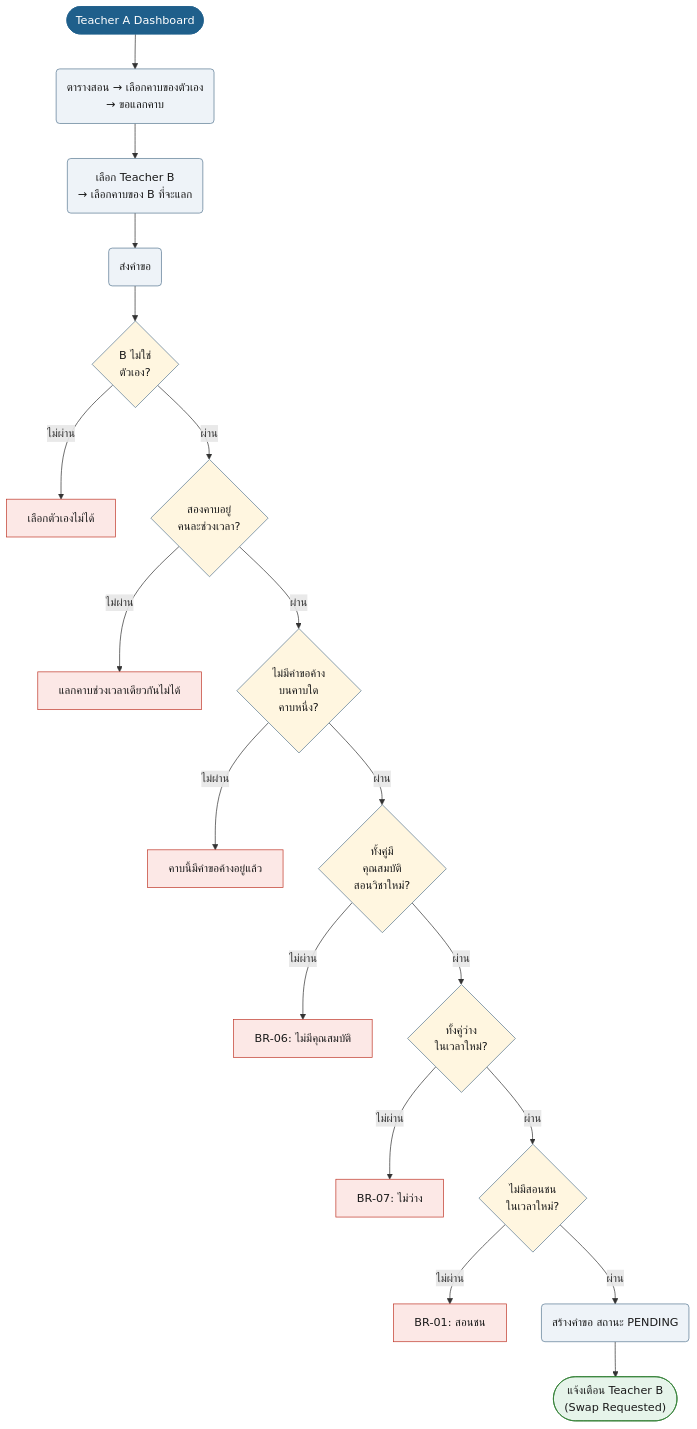
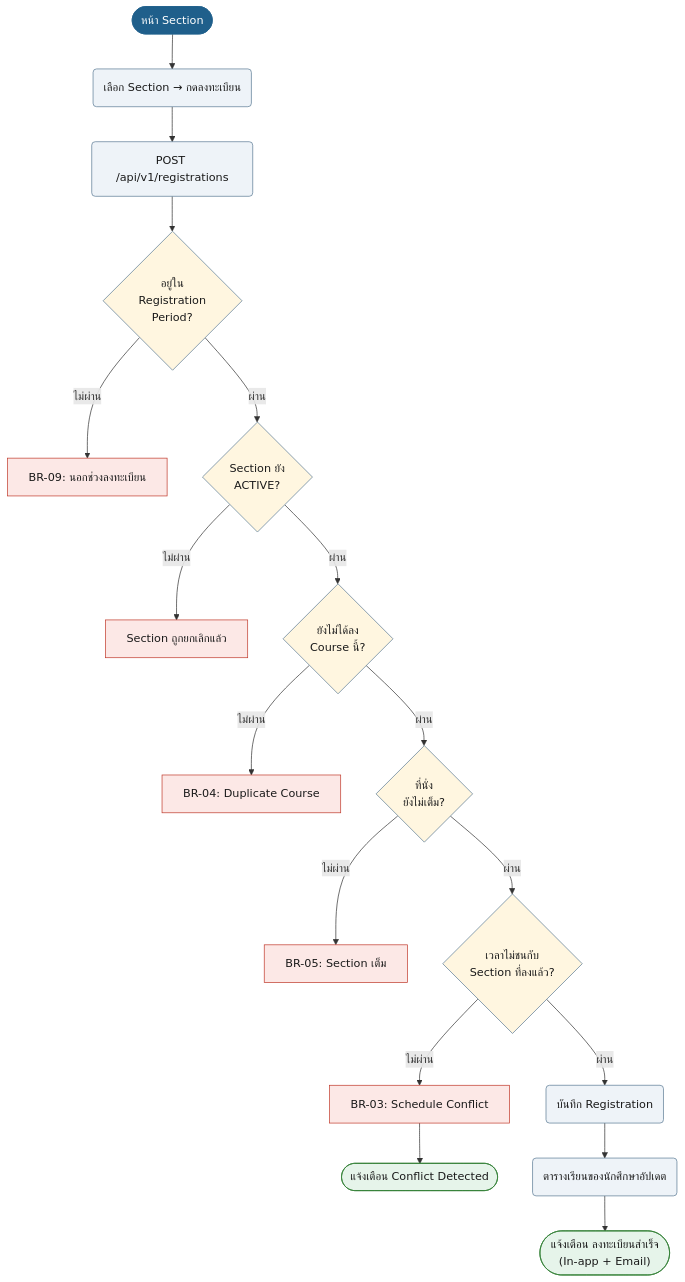
The ninth of 49 diagrams in doc/userflow.md (synthesixer/AcadOS), drawn with Mermaid before and after one commit. The commit also changed other lines of this file and 1 other file, not shown here.

````diff
--- a/doc/userflow.md
+++ b/doc/userflow.md
@@ -318,44 +329,42 @@
 ```mermaid
 flowchart TD
-    n1(["Teacher A Dashboard"]):::start
-    n2("ตารางสอน → เลือกคาบของตัวเอง<br/>→ ขอแลกคาบ"):::act
-    n3("เลือก Teacher B<br/>→ เลือกคาบของ B ที่จะแลก"):::act
-    n4("ส่งคำขอ"):::act
+    n1(["หน้า Section"]):::start
+    n2("เลือก Section → กดลงทะเบียน"):::act
+    n3("POST /api/v1/registrations"):::act
     n1 --> n2
     n2 --> n3
+    n4{"อยู่ใน<br/>Registration<br/>Period?"}:::dec
     n3 --> n4
-    n5{"B ไม่ใช่<br/>ตัวเอง?"}:::dec
-    n4 --> n5
-    n6["เลือกตัวเองไม่ได้"]:::bad
-    n5 -->|ไม่ผ่าน| n6
-    n7{"สองคาบอยู่<br/>คนละช่วงเวลา?"}:::dec
-    n5 -->|ผ่าน| n7
-    n8["แลกคาบช่วงเวลาเดียวกันไม่ได้"]:::bad
-    n7 -->|ไม่ผ่าน| n8
-    n9{"ไม่มีคำขอค้าง<br/>บนคาบใด<br/>คาบหนึ่ง?"}:::dec
-    n7 -->|ผ่าน| n9
-    n10["คาบนี้มีคำขอค้างอยู่แล้ว"]:::bad
-    n9 -->|ไม่ผ่าน| n10
-    n11{"ทั้งคู่มี<br/>คุณสมบัติ<br/>สอนวิชาใหม่?"}:::dec
-    n9 -->|ผ่าน| n11
-    n12["BR-06: ไม่มีคุณสมบัติ"]:::bad
-    n11 -->|ไม่ผ่าน| n12
-    n13{"ทั้งคู่ว่าง<br/>ในเวลาใหม่?"}:::dec
-    n11 -->|ผ่าน| n13
-    n14["BR-07: ไม่ว่าง"]:::bad
-    n13 -->|ไม่ผ่าน| n14
-    n15{"ไม่มีสอนชน<br/>ในเวลาใหม่?"}:::dec
-    n13 -->|ผ่าน| n15
-    n16["BR-01: สอนชน"]:::bad
-    n15 -->|ไม่ผ่าน| n16
-    n17("สร้างคำขอ สถานะ PENDING"):::act
-    n15 -->|ผ่าน| n17
-    n18(["แจ้งเตือน Teacher B<br/>(Swap Requested)"]):::ok
-    n17 --> n18
+    n5["BR-09: นอกช่วงลงทะเบียน"]:::bad
+    n4 -->|ไม่ผ่าน| n5
+    n6{"Section ยัง<br/>ACTIVE?"}:::dec
+    n4 -->|ผ่าน| n6
+    n7["Section ถูกยกเลิกแล้ว"]:::bad
+    n6 -->|ไม่ผ่าน| n7
+    n8{"ยังไม่ได้ลง<br/>Course นี้?"}:::dec
+    n6 -->|ผ่าน| n8
+    n9["BR-04: Duplicate Course"]:::bad
+    n8 -->|ไม่ผ่าน| n9
+    n10{"ที่นั่ง<br/>ยังไม่เต็ม?"}:::dec
+    n8 -->|ผ่าน| n10
+    n11["BR-05: Section เต็ม"]:::bad
+    n10 -->|ไม่ผ่าน| n11
+    n12{"เวลาไม่ชนกับ<br/>Section ที่ลงแล้ว?"}:::dec
+    n10 -->|ผ่าน| n12
+    n13["BR-03: Schedule Conflict"]:::bad
+    n12 -->|ไม่ผ่าน| n13
+    n14(["แจ้งเตือน Conflict Detected"]):::ok
+    n13 --> n14
+    n15("บันทึก Registration"):::act
+    n12 -->|ผ่าน| n15
+    n16("ตารางเรียนของนักศึกษาอัปเดต"):::act
+    n15 --> n16
+    n17(["แจ้งเตือน ลงทะเบียนสำเร็จ<br/>(In-app + Email)"]):::ok
+    n16 --> n17
     classDef start fill:#1F5F8B,stroke:#1F5F8B,color:#fff
     classDef act fill:#EEF3F8,stroke:#5B7A94,color:#1a1a1a
     classDef dec fill:#FFF6E0,stroke:#5B7A94,color:#1a1a1a
     classDef bad fill:#FCE8E6,stroke:#C0392B,color:#1a1a1a
     classDef ok fill:#E6F4EA,stroke:#2E7D32,color:#1a1a1a
     classDef note fill:#F4F4F4,stroke:#999,color:#1a1a1a
 ```
````
